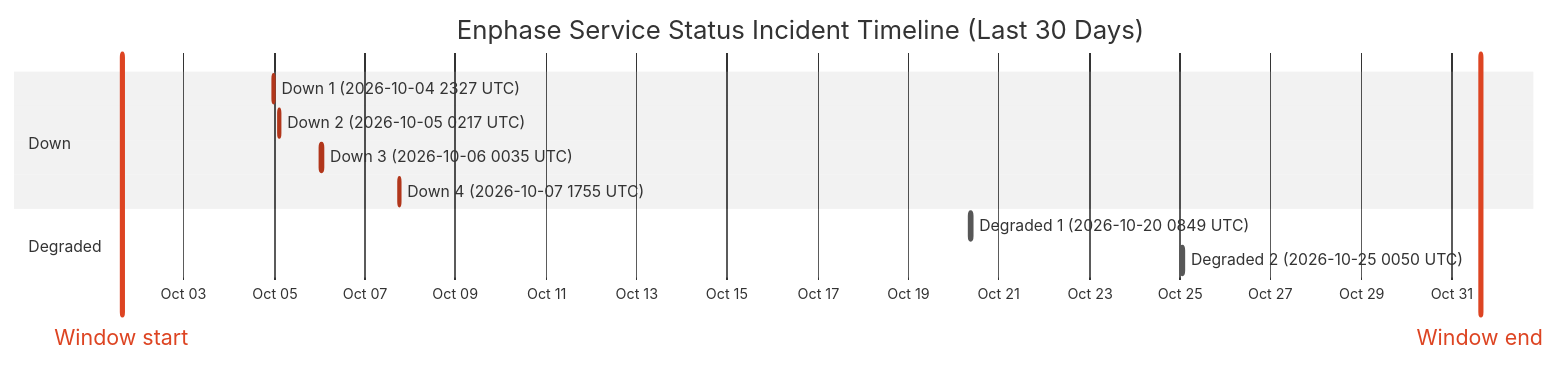
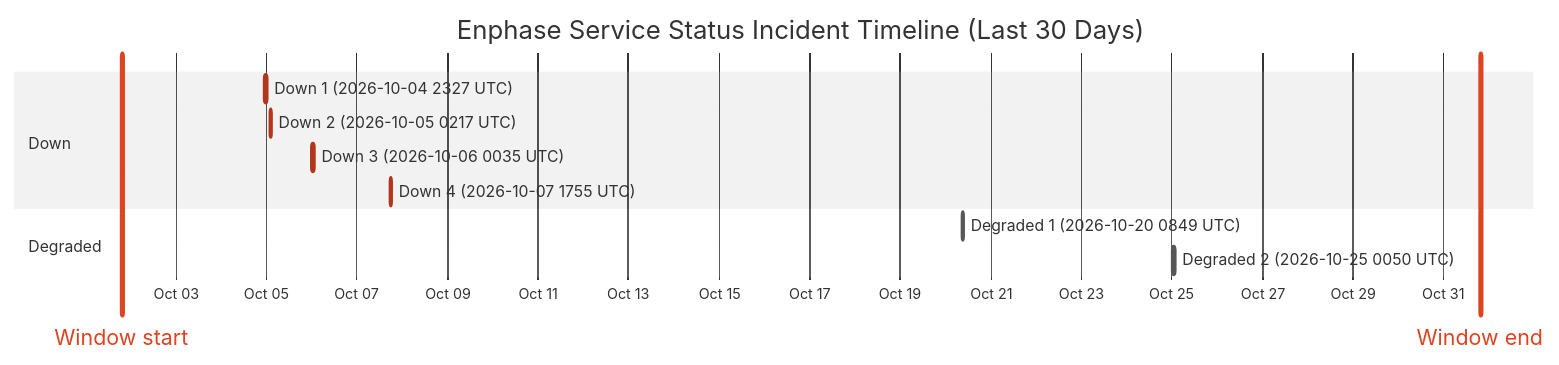
Before and after one commit to barneyonline/ha-enphase-energy: the diagram in wiki/Service-Status-History.md, drawn with Mermaid (neutral theme). The commit also changed other lines of this file and 3 other files, not shown here.

````diff
--- a/wiki/Service-Status-History.md
+++ b/wiki/Service-Status-History.md
@@ -14,16 +14,16 @@
 ```mermaid
 gantt
     title Enphase Service Status Incident Timeline (Last 30 Days)
     dateFormat  YYYY-MM-DDTHH:mm:ss
     axisFormat  %b %d
-    Window start :vert, window-start, 2026-10-01T15:02:14, 0ms
-    Window end :vert, window-end, 2026-10-31T15:02:14, 0ms
+    Window start :vert, window-start, 2026-10-01T19:26:18, 0ms
+    Window end :vert, window-end, 2026-10-31T19:26:18, 0ms
     section Down
     Down 1 (2026-10-04 2327 UTC) :crit, down-1, 2026-10-04T23:27:34, 60m
     Down 2 (2026-10-05 0217 UTC) :crit, down-2, 2026-10-05T02:17:30, 60m
     Down 3 (2026-10-06 0035 UTC) :crit, down-3, 2026-10-06T00:35:21, 60m
     Down 4 (2026-10-07 1755 UTC) :crit, down-4, 2026-10-07T17:55:16, 60m
     section Degraded
     Degraded 1 (2026-10-20 0849 UTC) :active, degraded-1, 2026-10-20T08:49:49, 60m
     Degraded 2 (2026-10-25 0050 UTC) :active, degraded-2, 2026-10-25T00:50:01, 60m
 ```
````
